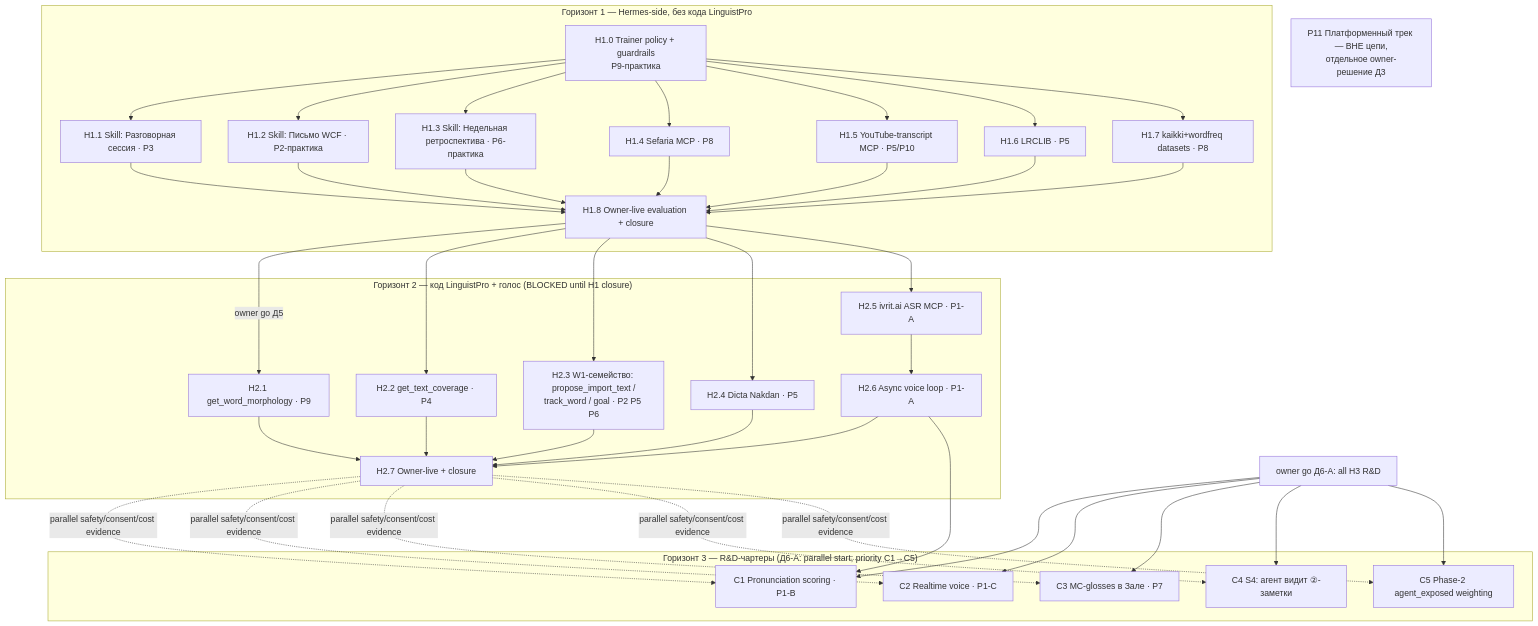
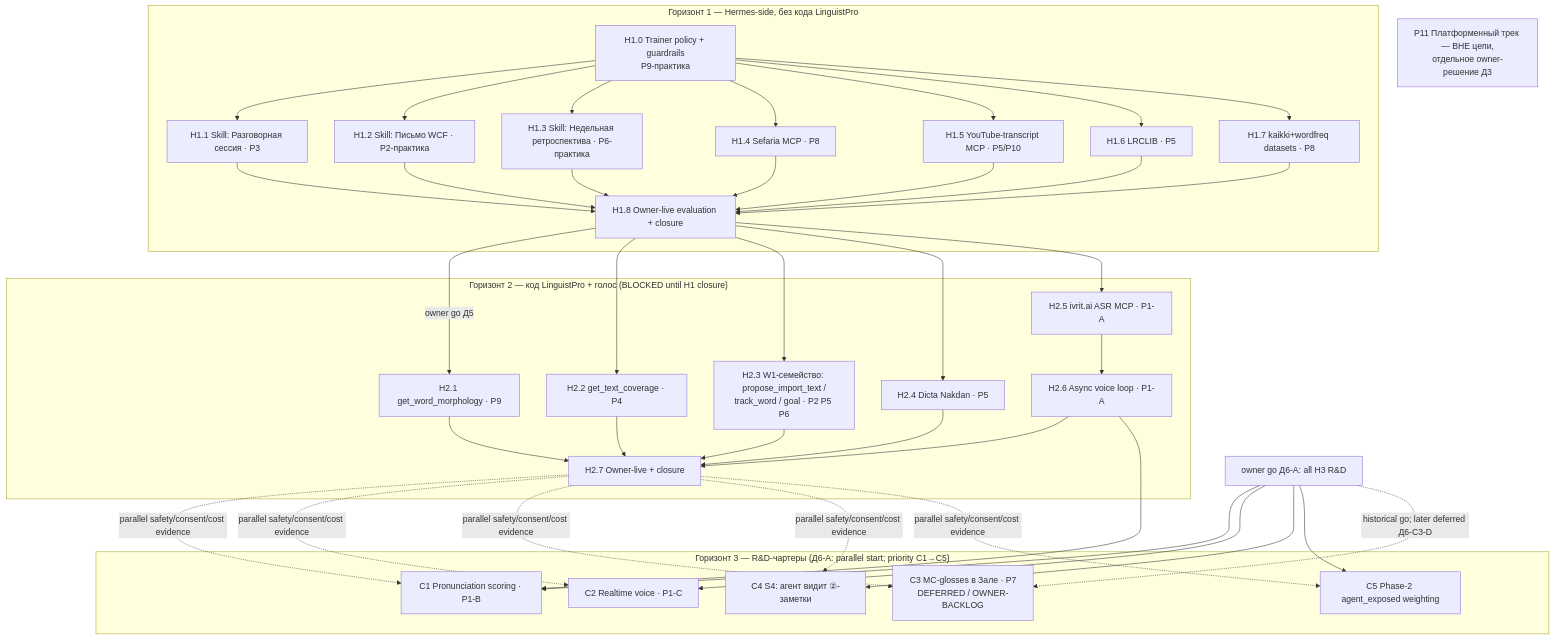
Before and after one commit to SindromRadioSpb/tts-prototype-android: the diagram in docs/planning/hermes-education-scaleup/2026-07-21/02_PROGRAM_DEPENDENCY_AND_SEQUENCE.md, drawn with Mermaid. The commit also changed other lines of this file and 8 other files, not shown here.

````diff
--- a/docs/planning/hermes-education-scaleup/2026-07-21/02_PROGRAM_DEPENDENCY_AND_SEQUENCE.md
+++ b/docs/planning/hermes-education-scaleup/2026-07-21/02_PROGRAM_DEPENDENCY_AND_SEQUENCE.md
@@ -5,42 +5,43 @@
 ```mermaid
 flowchart TB
   subgraph H1["Горизонт 1 — Hermes-side, без кода LinguistPro"]
     H10[H1.0 Trainer policy + guardrails<br/>P9-практика]
     H11[H1.1 Skill: Разговорная сессия · P3]
     H12[H1.2 Skill: Письмо WCF · P2-практика]
     H13[H1.3 Skill: Недельная ретроспектива · P6-практика]
     H14[H1.4 Sefaria MCP · P8]
     H15[H1.5 YouTube-transcript MCP · P5/P10]
     H16[H1.6 LRCLIB · P5]
     H17[H1.7 kaikki+wordfreq datasets · P8]
     H18[H1.8 Owner-live evaluation + closure]
     H10 --> H11 & H12 & H13
     H10 --> H14 & H15 & H16 & H17
     H11 & H12 & H13 & H14 & H15 & H16 & H17 --> H18
   end
   subgraph H2["Горизонт 2 — код LinguistPro + голос (BLOCKED until H1 closure)"]
     H21[H2.1 get_word_morphology · P9]
     H22[H2.2 get_text_coverage · P4]
     H23[H2.3 W1-семейство: propose_import_text /<br/>track_word / goal · P2 P5 P6]
     H24[H2.4 Dicta Nakdan · P5]
     H25[H2.5 ivrit.ai ASR MCP · P1-A]
     H26[H2.6 Async voice loop · P1-A]
     H27[H2.7 Owner-live + closure]
     H25 --> H26
     H21 & H22 & H23 & H24 & H26 --> H27
   end
   subgraph H3["Горизонт 3 — R&D-чартеры (Д6-A: parallel start; priority C1→C5)"]
     C1[C1 Pronunciation scoring · P1-B]
     C2[C2 Realtime voice · P1-C]
-    C3[C3 MC-glosses в Зале · P7]
+    C3[C3 MC-glosses в Зале · P7<br/>DEFERRED / OWNER-BACKLOG]
     C4[C4 S4: агент видит ②-заметки]
     C5[C5 Phase-2 agent_exposed weighting]
   end
   H18 -->|owner go Д5| H21
   H18 --> H22 & H23 & H24 & H25
   D6A[owner go Д6-A: all H3 R&D]
-  D6A --> C1 & C2 & C3 & C4 & C5
+  D6A --> C1 & C2 & C4 & C5
+  D6A -. historical go; later deferred Д6-C3-D .-> C3
   H27 -. parallel safety/consent/cost evidence .-> C1 & C2 & C3 & C4 & C5
   H26 --> C1
   P11[P11 Платформенный трек — ВНЕ цепи,<br/>отдельное owner-решение Д3]
 ```
````
